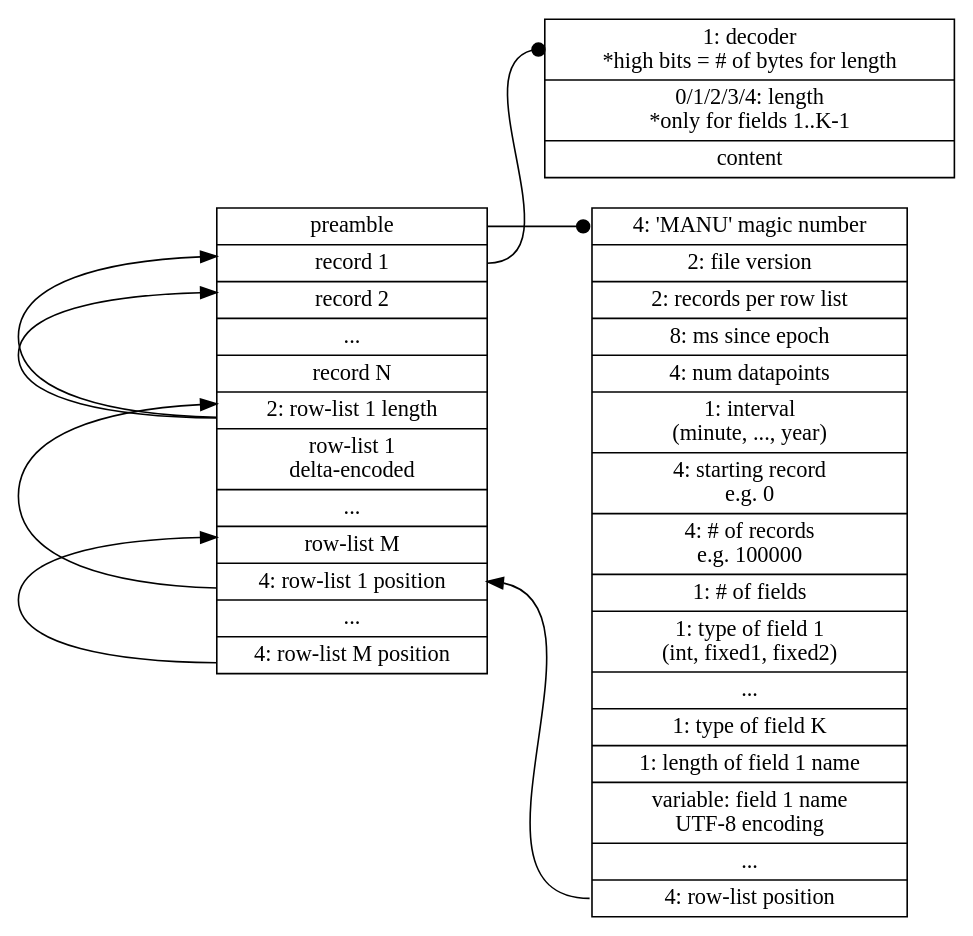
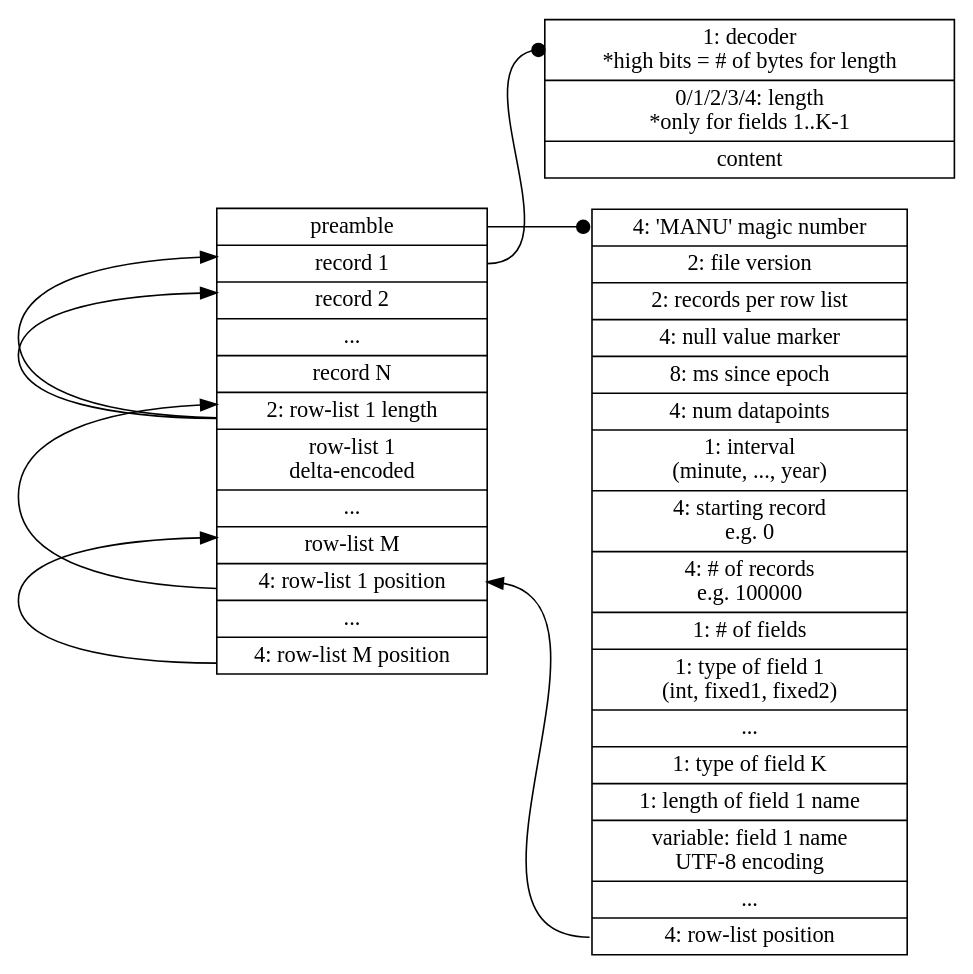
The diagram in format/format.dot (cldellow/manu), drawn with Graphviz before and after one commit. The commit also changed 18 other files, not shown here.

```diff
--- a/format/format.dot
+++ b/format/format.dot
@@ -1,54 +1,55 @@
 digraph structs {
   node [shape=record];
   rankdir=LR;
 
   composite [ label ="<preamble> preamble |
   <record1> record 1 |
   <record2> record 2 |
   ... |
   record N |
   <rowlist1>2: row-list 1 length|
   row-list 1\ndelta-encoded |
   ... |
   <rowlistm> row-list M |
   <rowlistpos> 4: row-list 1 position |
   ... |
   <rowlistposm> 4: row-list M position
 
   " ];
 
   preamble [ label="<start>
   4: 'MANU' magic number |
   2: file version |
   2: records per row list |
+  4: null value marker |
   8: ms since epoch |
   4: num datapoints |
   1: interval\n(minute, ..., year) |
   4: starting record\ne.g. 0 |
   4: # of records\ne.g. 100000 |
   1: # of fields |
   1: type of field 1\n(int, fixed1, fixed2) |
   ... |
   1: type of field K |
   1: length of field 1 name |
   variable: field 1 name\nUTF-8 encoding |
   ... |
   <rowlistpos> 4: row-list position
   " ];
 
   record [ label = "<decoder>1: decoder\n*high bits = # of bytes for length |
   0/1/2/3/4: length\n*only for fields 1..K-1 |
   content
   " ];
 
   composite:preamble -> preamble:start [arrowhead=dot];
 
   preamble:rowlistpos -> composite:rowlistpos;
 
   composite:rowlistpos -> composite:rowlist1;
   composite:rowlistposm -> composite:rowlistm;
 
   composite:record1 -> record:decoder [arrowhead=dot];
   composite:rowlist1 -> composite:record1;
   composite:rowlist1 -> composite:record2;
 }
```
